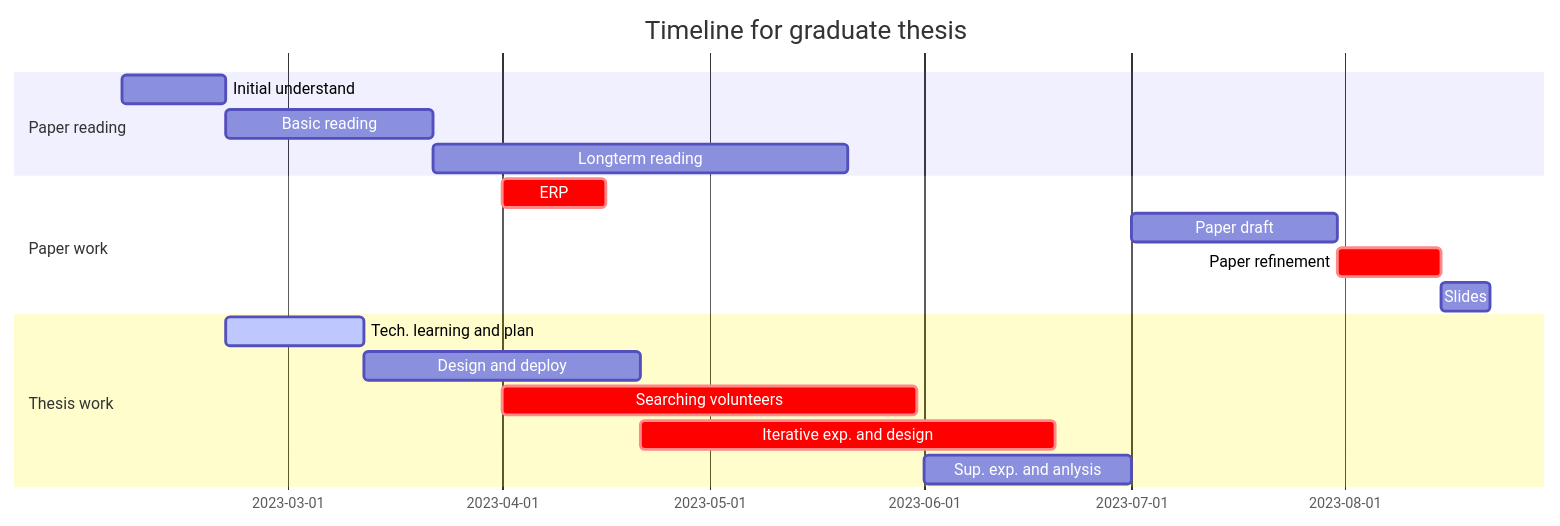
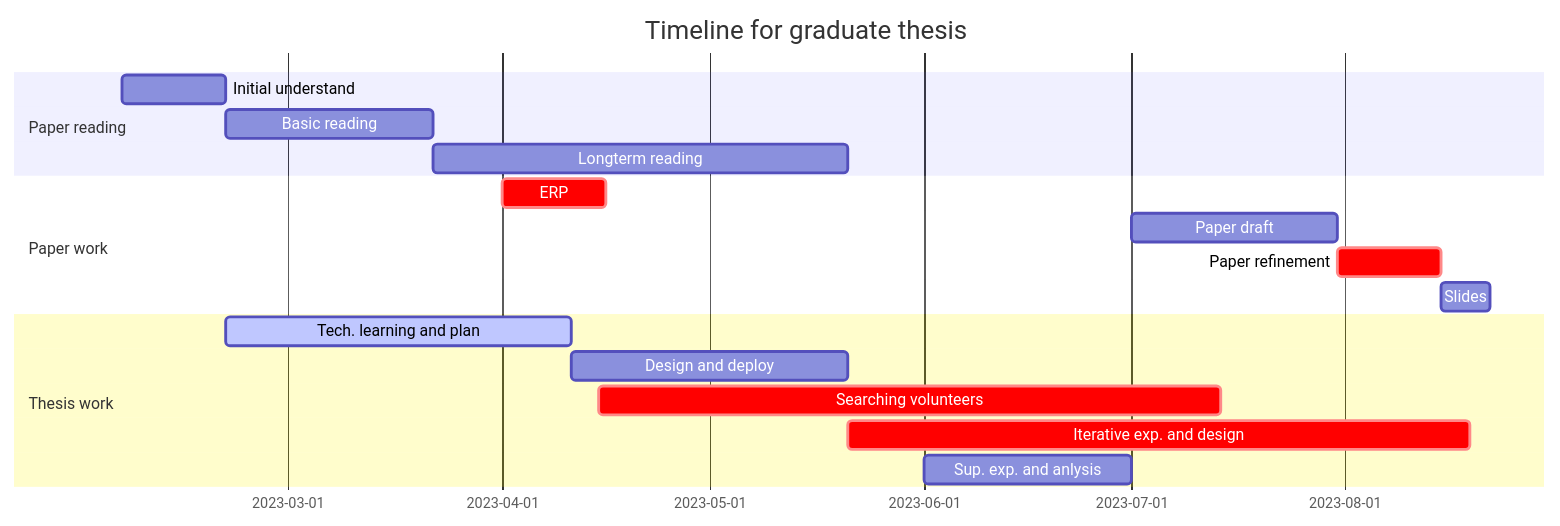
Before and after one commit to hinczhang/GraduteThesis_Master: the diagram in README.md, drawn with Mermaid.

````diff
--- a/README.md
+++ b/README.md
@@ -5,20 +5,20 @@
 ```mermaid
 gantt
     title Timeline for graduate thesis
     dateFormat  YYYY-MM-DD
     section Paper reading
-    Initial understand              : a1, 2023-02-05, 15d
-    Basic reading                   : a2, after a1, 30d
-    Longterm reading                : a3, after a2, 60d
+        Initial understand              : a1, 2023-02-05, 15d
+        Basic reading                   : a2, after a1, 30d
+        Longterm reading                : a3, after a2, 60d
     section Paper work
-    ERP                             : crit, b1, 2023-04-01, 15d
-    Paper draft                     : b2, 2023-07-01, 30d
-    Paper refinement                : crit, b3, after b2, 15d
-    Slides                          : b4, after b3, 7d
+        ERP                             : crit, b1, 2023-04-01, 15d
+        Paper draft                     : b2, 2023-07-01, 30d
+        Paper refinement                : crit, b3, after b2, 15d
+        Slides                          : b4, after b3, 7d
     section Thesis work
-    Tech. learning and plan         :active, c1, after a1, 20d
-    Design and deploy               :c2, after c1, 40d
-    Searching volunteers            :crit, c3, 2023-04-01, 60d
-    Iterative exp. and design       :crit, c4, after c2, 60d
-    Sup. exp. and anlysis           :c5, 2023-06-01, 30d
+        Tech. learning and plan         : active, c1, after a1, 50d
+        Design and deploy               : c2, after c1, 40d
+        Searching volunteers            : crit, c3, 2023-04-15, 90d
+        Iterative exp. and design       : crit, c4, after c2, 90d
+        Sup. exp. and anlysis           : c5, 2023-06-01, 30d
 ```
````
